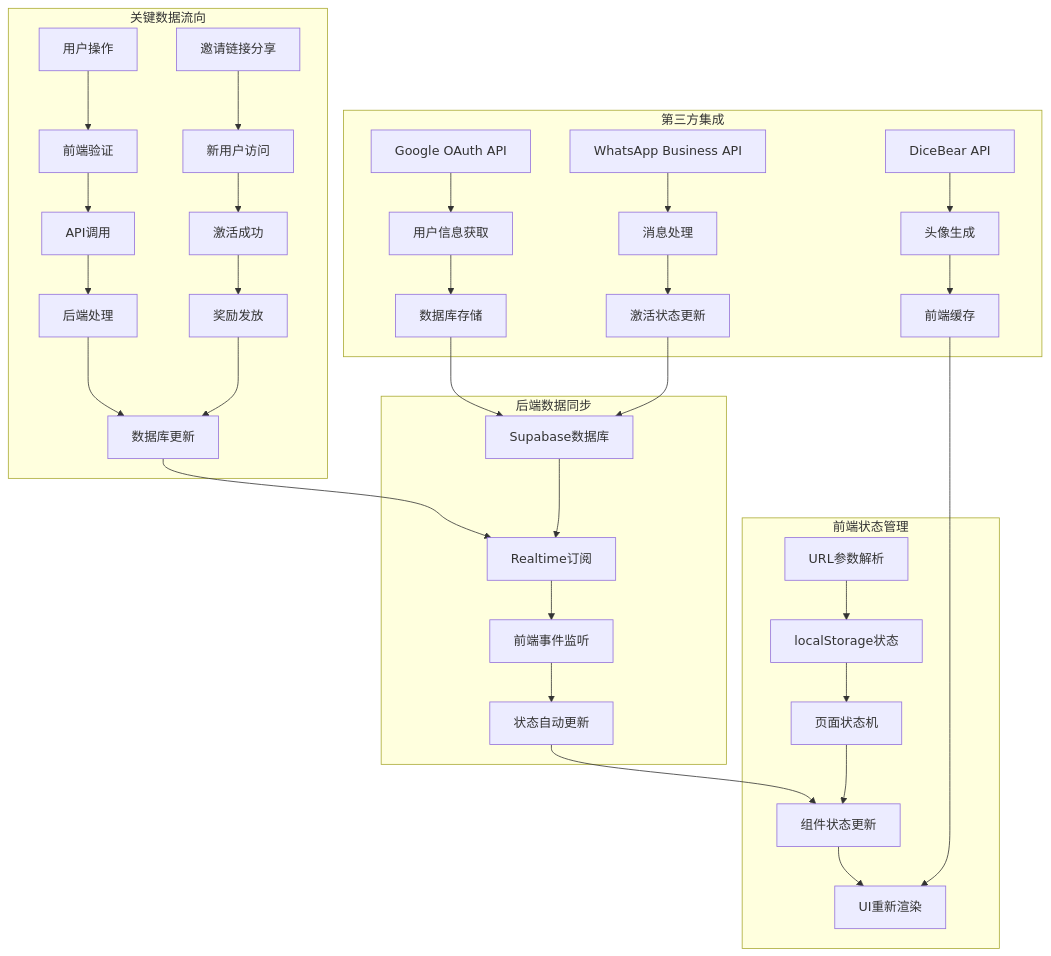
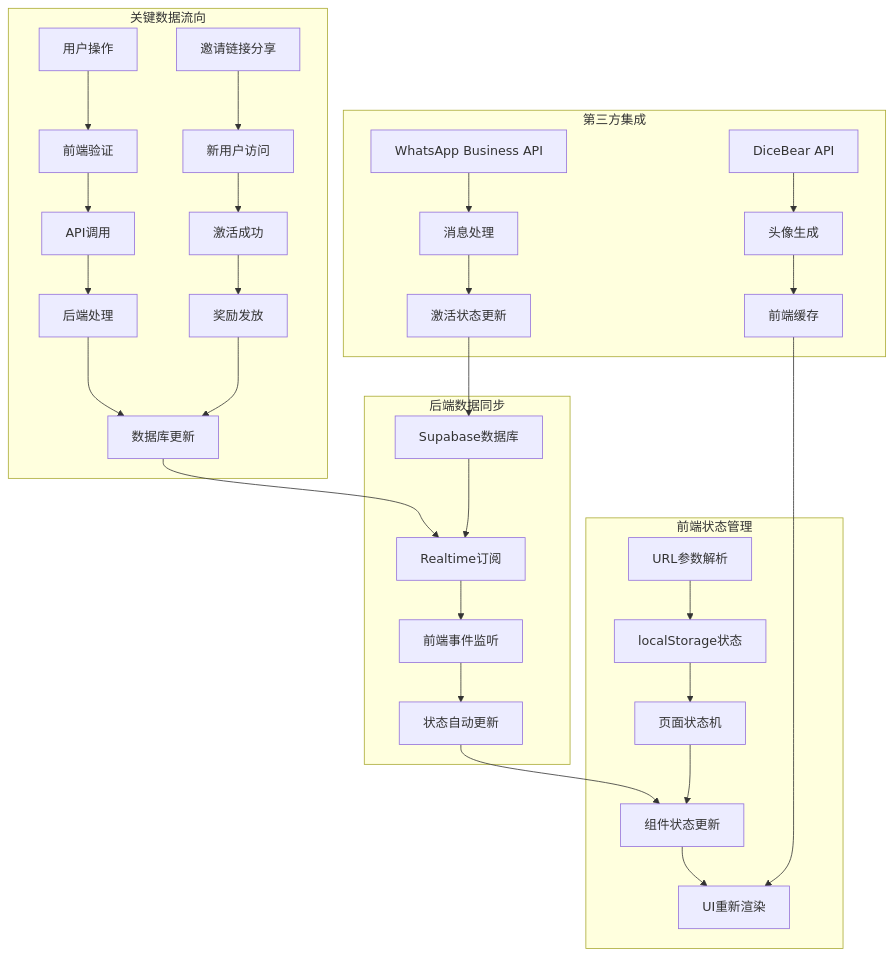
Before and after one commit to penny-design/CCDEMO: the sixth of 6 diagrams in design/Flowchart.md, drawn with Mermaid. The commit also changed other lines of this file and 18 other files, not shown here.

````diff
--- a/design/Flowchart.md
+++ b/design/Flowchart.md
@@ -342,43 +317,39 @@
 ```mermaid
 graph TD
     subgraph "前端状态管理"
         A[URL参数解析] --> B[localStorage状态]
         B --> C[页面状态机]
         C --> D[组件状态更新]
         D --> E[UI重新渲染]
     end
 
     subgraph "后端数据同步"
         F[Supabase数据库] --> G[Realtime订阅]
         G --> H[前端事件监听]
         H --> I[状态自动更新]
         I --> D
     end
 
     subgraph "第三方集成"
-        J[Google OAuth API] --> K[用户信息获取]
-        K --> L[数据库存储]
-        L --> F
-        
         M[WhatsApp Business API] --> N[消息处理]
         N --> O[激活状态更新]
         O --> F
         
         P[DiceBear API] --> Q[头像生成]
         Q --> R[前端缓存]
         R --> E
     end
 
     subgraph "关键数据流向"
         S[用户操作] --> T[前端验证]
         T --> U[API调用]
         U --> V[后端处理]
         V --> W[数据库更新]
         W --> G
         
         X[邀请链接分享] --> Y[新用户访问]
         Y --> Z[激活成功]
         Z --> AA[奖励发放]
         AA --> W
     end
 ```
````
